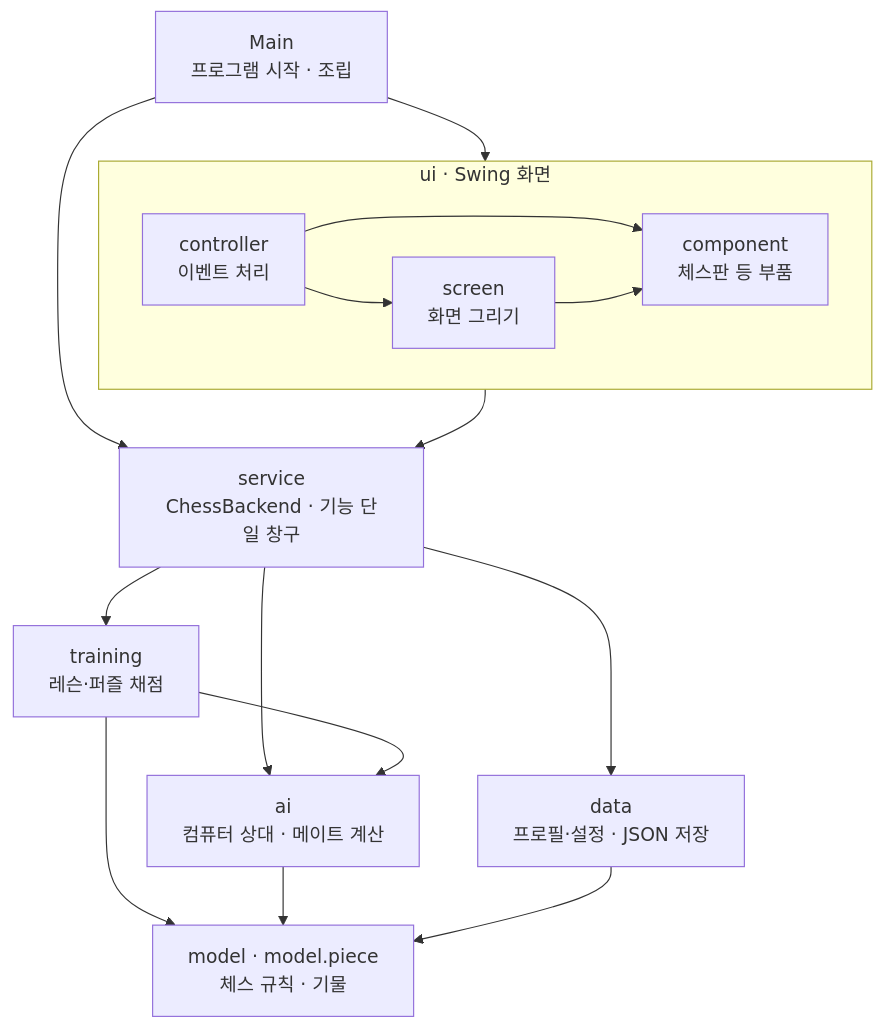
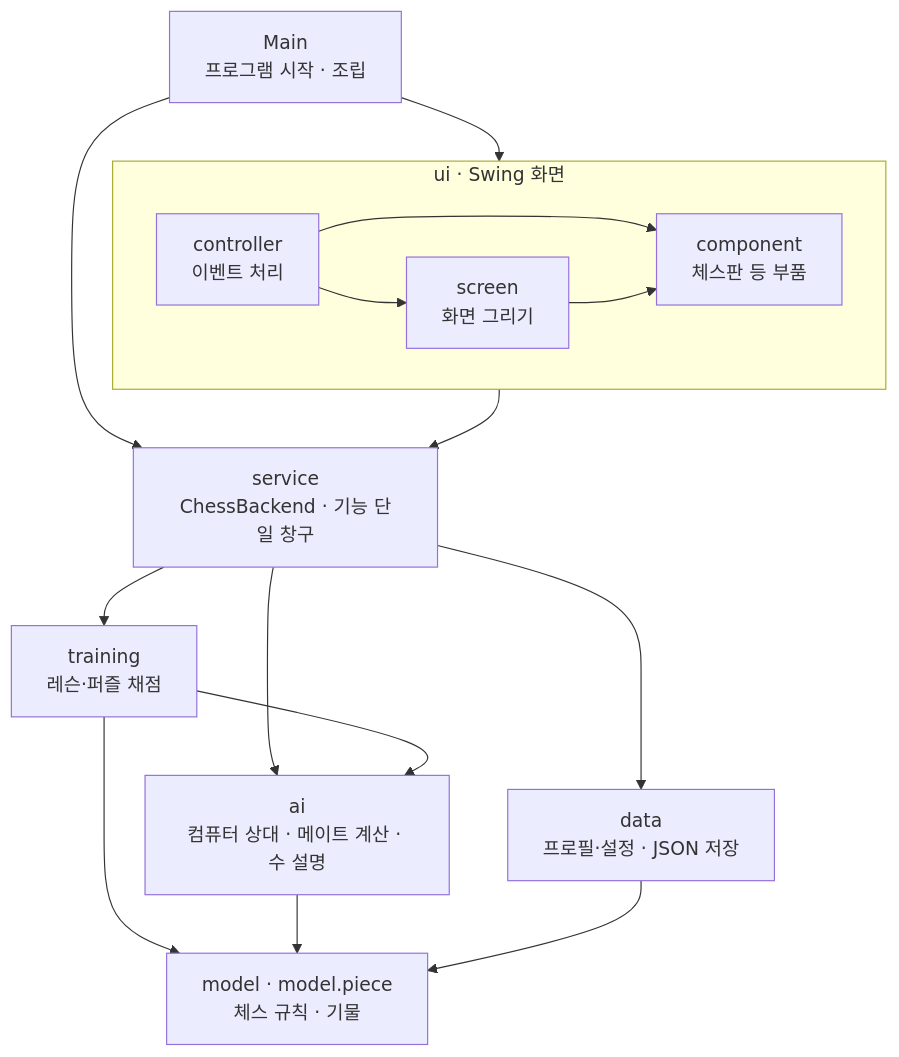
The first of 6 diagrams in docs/architecture.md (OOP-TeamA/chess-trainer), drawn with Mermaid before and after one commit. The commit also changed other lines of this file and 27 other files, not shown here.

````diff
--- a/docs/architecture.md
+++ b/docs/architecture.md
@@ -8,29 +8,29 @@
 ```mermaid
 flowchart TB
     Main["Main<br/>프로그램 시작 · 조립"]
     subgraph UI [ui · Swing 화면]
         direction LR
         Controller["controller<br/>이벤트 처리"]
         Screen["screen<br/>화면 그리기"]
         Component["component<br/>체스판 등 부품"]
     end
     Service["service<br/>ChessBackend · 기능 단일 창구"]
     Training["training<br/>레슨·퍼즐 채점"]
-    AI["ai<br/>컴퓨터 상대 · 메이트 계산"]
+    AI["ai<br/>컴퓨터 상대 · 메이트 계산 · 수 설명"]
     Data["data<br/>프로필·설정 · JSON 저장"]
     Model["model · model.piece<br/>체스 규칙 · 기물"]
 
     Main --> UI
     Main --> Service
     Controller --> Screen
     Controller --> Component
     Screen --> Component
     Controller --> Service
     Service --> Training
     Service --> AI
     Service --> Data
     Training --> AI
     Training --> Model
     AI --> Model
     Data --> Model
 ```
````
